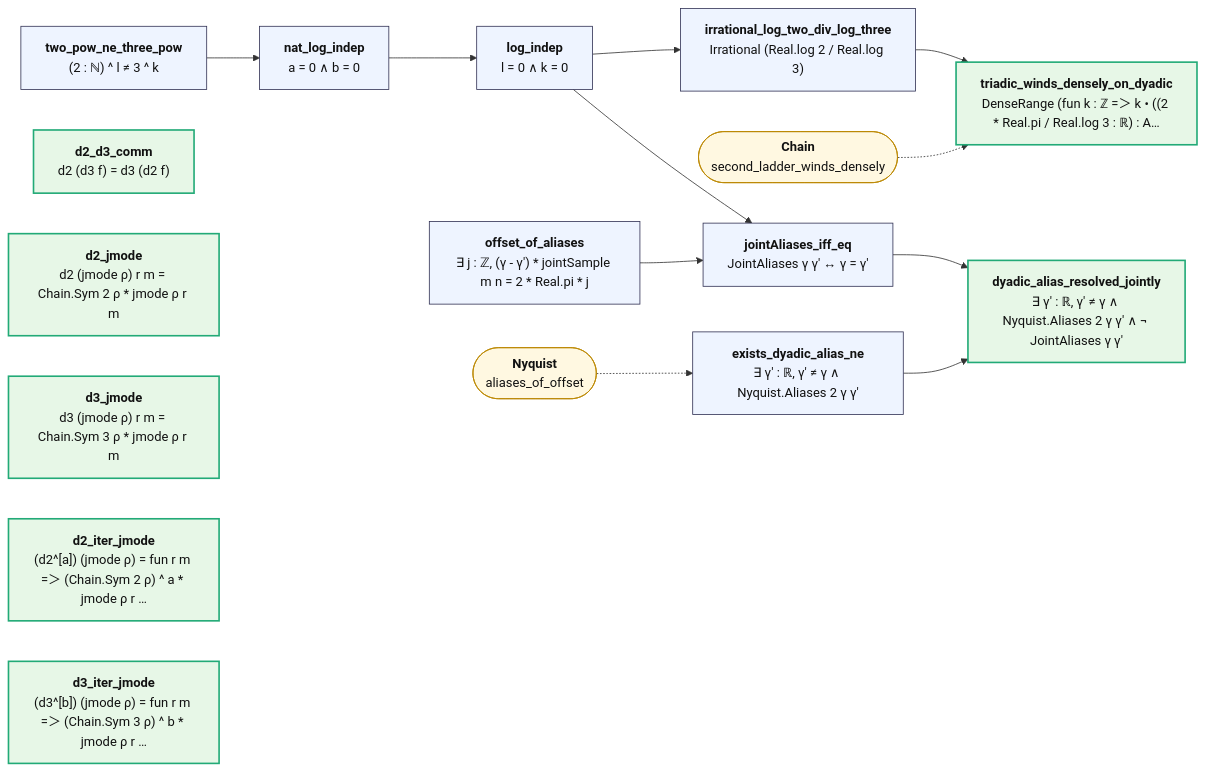
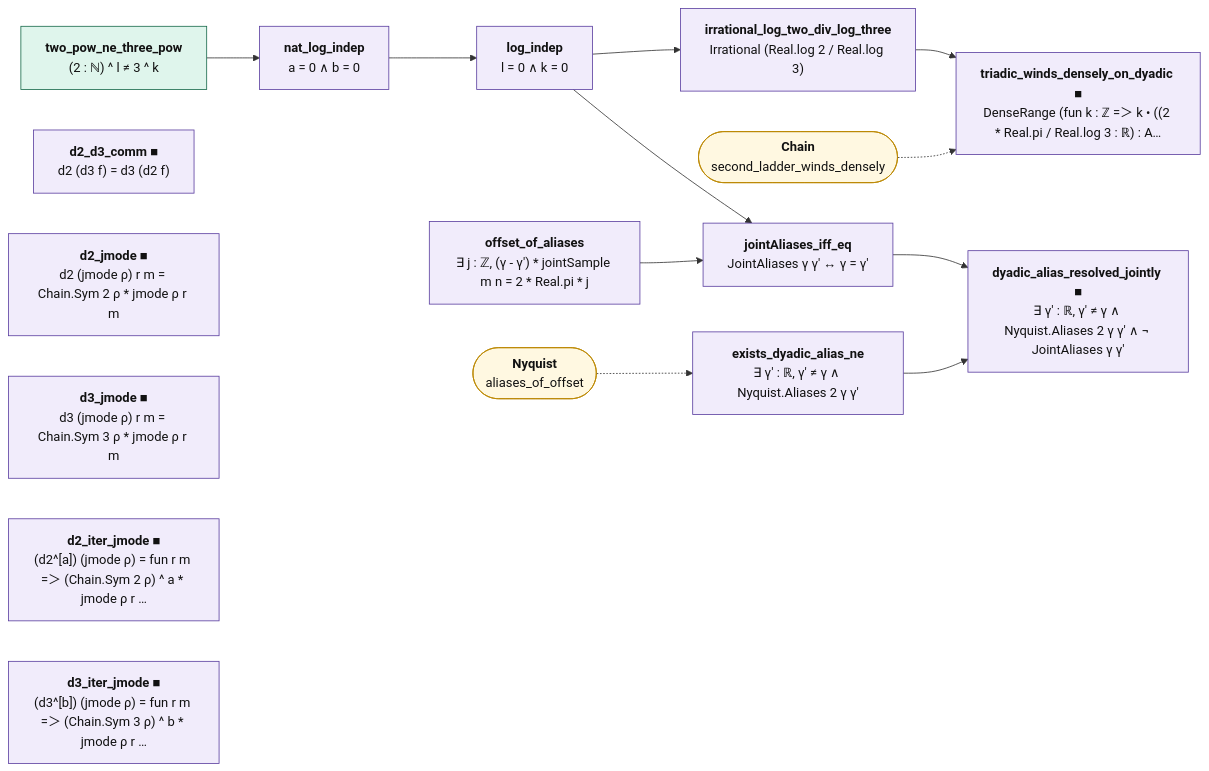
The diagram in map/lean/JointLadder.md (juliansambranojr/Primebeat_081426), drawn with Mermaid before and after one commit. The commit also changed other lines of this file and 398 other files, not shown here.

````diff
--- a/map/lean/JointLadder.md
+++ b/map/lean/JointLadder.md
@@ -12,34 +12,37 @@
 ```mermaid
 flowchart LR
-  n0["<b>two_pow_ne_three_pow</b><br/>(2 : ℕ) ^ l ≠ 3 ^ k"]:::thm
-  n1["<b>nat_log_indep</b><br/>a = 0 ∧ b = 0"]:::thm
-  n2["<b>log_indep</b><br/>l = 0 ∧ k = 0"]:::thm
-  n3["<b>irrational_log_two_div_log_three</b><br/>Irrational (Real.log 2 / Real.log 3)"]:::thm
-  n4["<b>triadic_winds_densely_on_dyadic</b><br/>DenseRange (fun k : ℤ =＞ k • ((2 * Real.pi / Real.log 3 : ℝ) : A…"]:::end_
-  n5["<b>offset_of_aliases</b><br/>∃ j : ℤ, (γ - γ') * jointSample m n = 2 * Real.pi * j"]:::thm
-  n6["<b>jointAliases_iff_eq</b><br/>JointAliases γ γ' ↔ γ = γ'"]:::thm
-  n7["<b>exists_dyadic_alias_ne</b><br/>∃ γ' : ℝ, γ' ≠ γ ∧ Nyquist.Aliases 2 γ γ'"]:::thm
-  n8["<b>dyadic_alias_resolved_jointly</b><br/>∃ γ' : ℝ, γ' ≠ γ ∧ Nyquist.Aliases 2 γ γ' ∧ ¬ JointAliases γ γ'"]:::end_
-  n9["<b>d2_d3_comm</b><br/>d2 (d3 f) = d3 (d2 f)"]:::end_
-  n10["<b>d2_jmode</b><br/>d2 (jmode ρ) r m = Chain.Sym 2 ρ * jmode ρ r m"]:::end_
-  n11["<b>d3_jmode</b><br/>d3 (jmode ρ) r m = Chain.Sym 3 ρ * jmode ρ r m"]:::end_
-  n12["<b>d2_iter_jmode</b><br/>(d2^[a]) (jmode ρ) = fun r m =＞ (Chain.Sym 2 ρ) ^ a * jmode ρ r …"]:::end_
-  n13["<b>d3_iter_jmode</b><br/>(d3^[b]) (jmode ρ) = fun r m =＞ (Chain.Sym 3 ρ) ^ b * jmode ρ r …"]:::end_
+  n0["<b>two_pow_ne_three_pow</b><br/>(2 : ℕ) ^ l ≠ 3 ^ k"]:::cnt
+  n1["<b>nat_log_indep</b><br/>a = 0 ∧ b = 0"]:::shp
+  n2["<b>log_indep</b><br/>l = 0 ∧ k = 0"]:::shp
+  n3["<b>irrational_log_two_div_log_three</b><br/>Irrational (Real.log 2 / Real.log 3)"]:::shp
+  n4["<b>triadic_winds_densely_on_dyadic ■</b><br/>DenseRange (fun k : ℤ =＞ k • ((2 * Real.pi / Real.log 3 : ℝ) : A…"]:::shp
+  n5["<b>offset_of_aliases</b><br/>∃ j : ℤ, (γ - γ') * jointSample m n = 2 * Real.pi * j"]:::shp
+  n6["<b>jointAliases_iff_eq</b><br/>JointAliases γ γ' ↔ γ = γ'"]:::shp
+  n7["<b>exists_dyadic_alias_ne</b><br/>∃ γ' : ℝ, γ' ≠ γ ∧ Nyquist.Aliases 2 γ γ'"]:::shp
+  n8["<b>dyadic_alias_resolved_jointly ■</b><br/>∃ γ' : ℝ, γ' ≠ γ ∧ Nyquist.Aliases 2 γ γ' ∧ ¬ JointAliases γ γ'"]:::shp
+  n9["<b>d2_d3_comm ■</b><br/>d2 (d3 f) = d3 (d2 f)"]:::shp
+  n10["<b>d2_jmode ■</b><br/>d2 (jmode ρ) r m = Chain.Sym 2 ρ * jmode ρ r m"]:::shp
+  n11["<b>d3_jmode ■</b><br/>d3 (jmode ρ) r m = Chain.Sym 3 ρ * jmode ρ r m"]:::shp
+  n12["<b>d2_iter_jmode ■</b><br/>(d2^[a]) (jmode ρ) = fun r m =＞ (Chain.Sym 2 ρ) ^ a * jmode ρ r …"]:::shp
+  n13["<b>d3_iter_jmode ■</b><br/>(d3^[b]) (jmode ρ) = fun r m =＞ (Chain.Sym 3 ρ) ^ b * jmode ρ r …"]:::shp
   x0(["<b>Chain</b><br/>second_ladder_winds_densely"]):::ext
   x1(["<b>Nyquist</b><br/>aliases_of_offset"]):::ext
   n0 --> n1
   n1 --> n2
   n2 --> n3
   n2 --> n6
   n3 --> n4
   n5 --> n6
   n6 --> n8
   n7 --> n8
   x0 -.-> n4
   x1 -.-> n7
+  classDef cnt fill:#dff5ec,stroke:#17694a,color:#111
+  classDef shp fill:#f1ecfb,stroke:#5b3fa0,color:#111
+  classDef rh fill:#ffe5e5,stroke:#c22,color:#111,stroke-width:2px
   classDef thm fill:#eef4ff,stroke:#335,color:#111
   classDef end_ fill:#e7f7e7,stroke:#2a7,color:#111,stroke-width:2px
   classDef lone fill:#fff,stroke:#999,color:#111,stroke-dasharray:4 3
   classDef bad fill:#ffe5e5,stroke:#c22,color:#111,stroke-width:2px
   classDef ext fill:#fff8e1,stroke:#b80,color:#111
 ```
````
